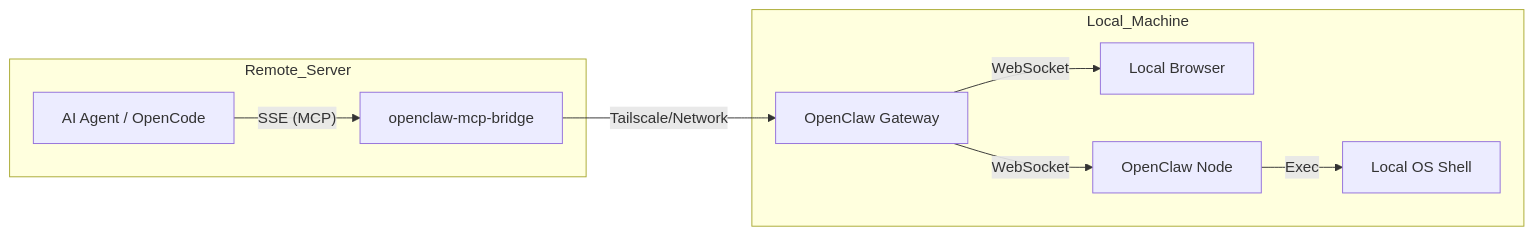
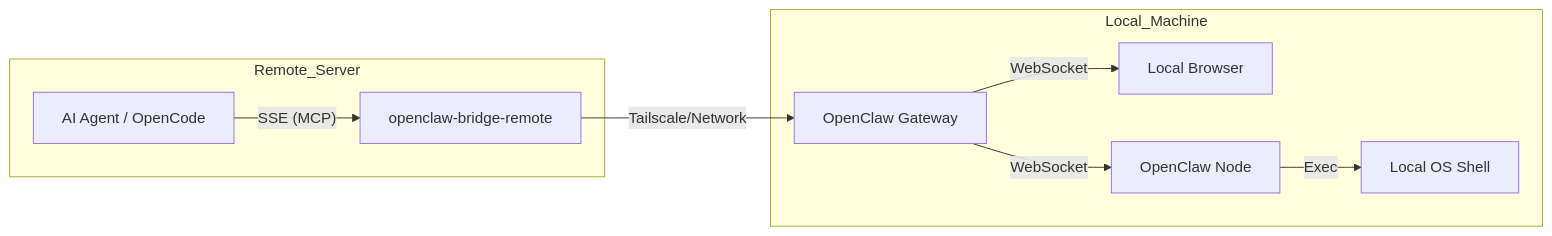
The diagram in README.md (lucas-jo/openclaw-bridge-remote), drawn with Mermaid before and after one commit. The commit also changed other lines of this file and 6 other files, not shown here.

Commit message:
chore: rebranding to openclaw-bridge-remote for clearer identity

````diff
--- a/README.md
+++ b/README.md
@@ -21,13 +21,13 @@
 ```mermaid
 graph LR
     subgraph Remote_Server
-        A[AI Agent / OpenCode] -- "SSE (MCP)" --> B[openclaw-mcp-bridge]
+        A[AI Agent / OpenCode] -- "SSE (MCP)" --> B[openclaw-bridge-remote]
     end
 
     subgraph Local_Machine
         B -- "Tailscale/Network" --> C[OpenClaw Gateway]
         C -- "WebSocket" --> D[Local Browser]
         C -- "WebSocket" --> E[OpenClaw Node]
         E -- "Exec" --> F[Local OS Shell]
     end
 ```
````
